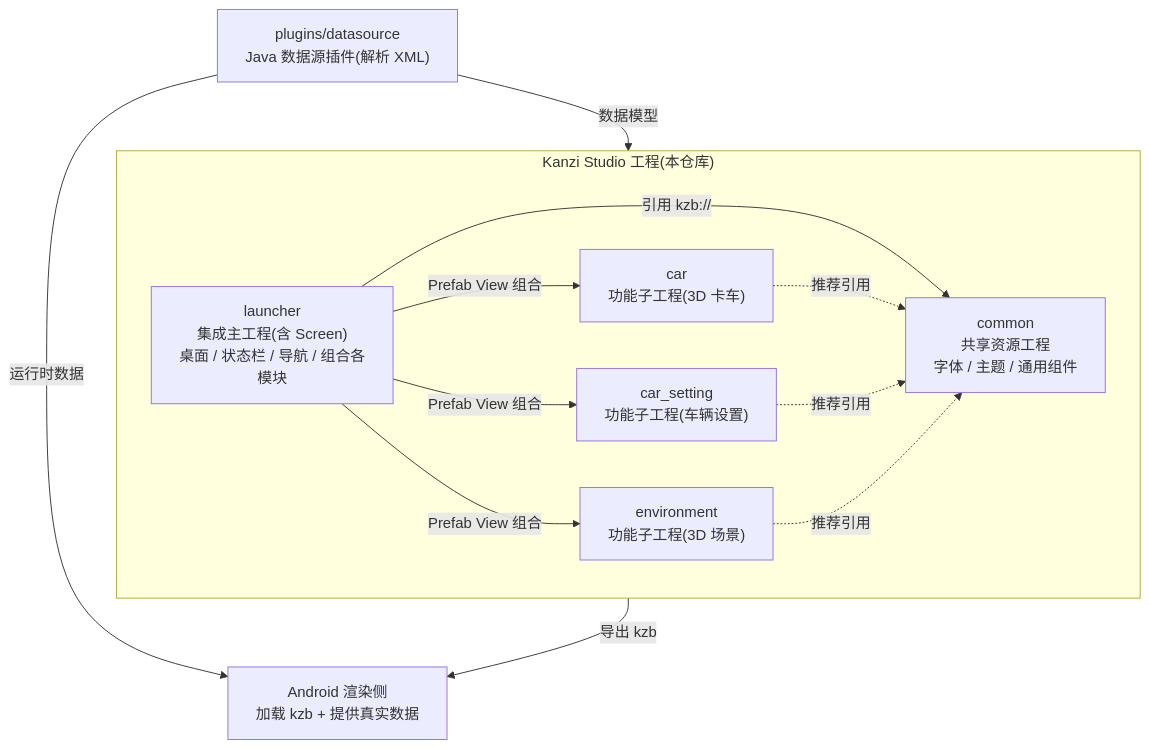
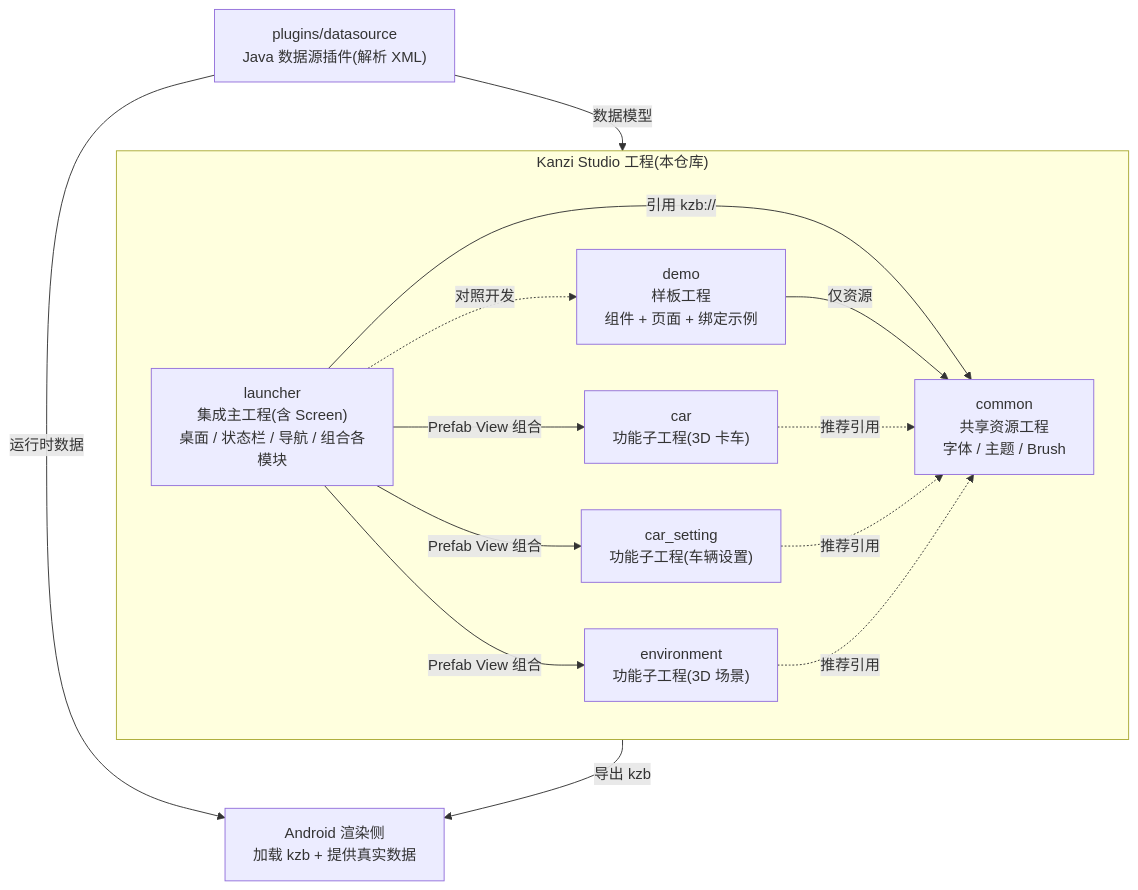
The diagram in README.md (ganlong-2016/kanzi_project), drawn with Mermaid before and after one commit. The commit also changed other lines of this file and 12 other files, not shown here.

First line of the commit message:
refactor: move UI components from common to demo

````diff
--- a/README.md
+++ b/README.md
@@ -9,25 +9,28 @@
 ```mermaid
 flowchart TB
     subgraph Studio["Kanzi Studio 工程(本仓库)"]
-        common["common<br/>共享资源工程<br/>字体 / 主题 / 通用组件"]
+        common["common<br/>共享资源工程<br/>字体 / 主题 / Brush"]
+        demo["demo<br/>样板工程<br/>组件 + 页面 + 绑定示例"]
         launcher["launcher<br/>集成主工程(含 Screen)<br/>桌面 / 状态栏 / 导航 / 组合各模块"]
         car["car<br/>功能子工程(3D 卡车)"]
         car_setting["car_setting<br/>功能子工程(车辆设置)"]
         environment["environment<br/>功能子工程(3D 场景)"]
 
         launcher -->|引用 kzb://| common
+        demo -->|仅资源| common
         launcher -->|Prefab View 组合| car
+        launcher -.对照开发.-> demo
         launcher -->|Prefab View 组合| car_setting
         launcher -->|Prefab View 组合| environment
         car -.推荐引用.-> common
         car_setting -.推荐引用.-> common
         environment -.推荐引用.-> common
     end
 
     plugin["plugins/datasource<br/>Java 数据源插件(解析 XML)"]
     android["Android 渲染侧<br/>加载 kzb + 提供真实数据"]
 
     plugin -->|数据模型| Studio
     Studio -->|导出 kzb| android
     plugin -->|运行时数据| android
 ```
````
